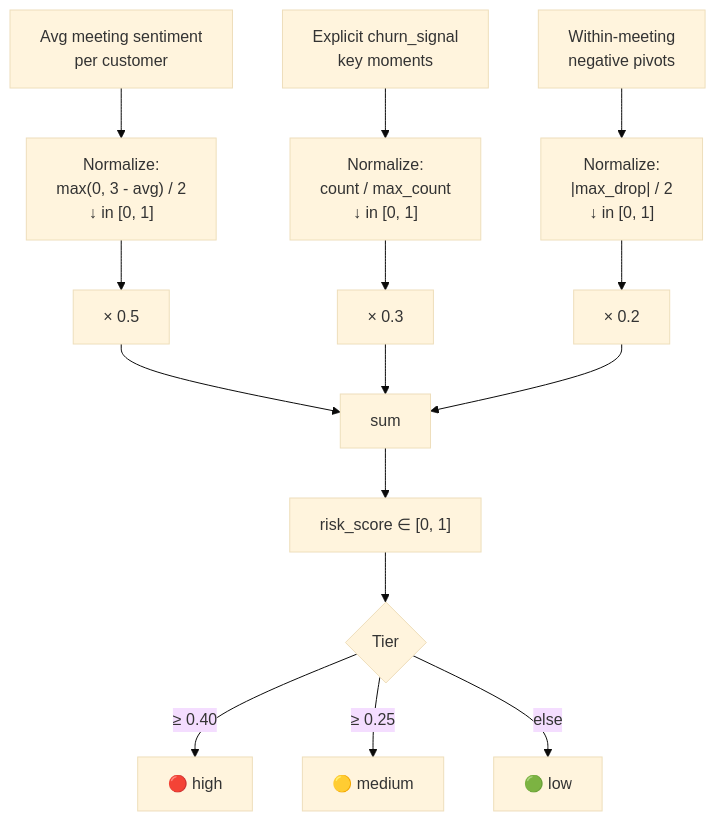
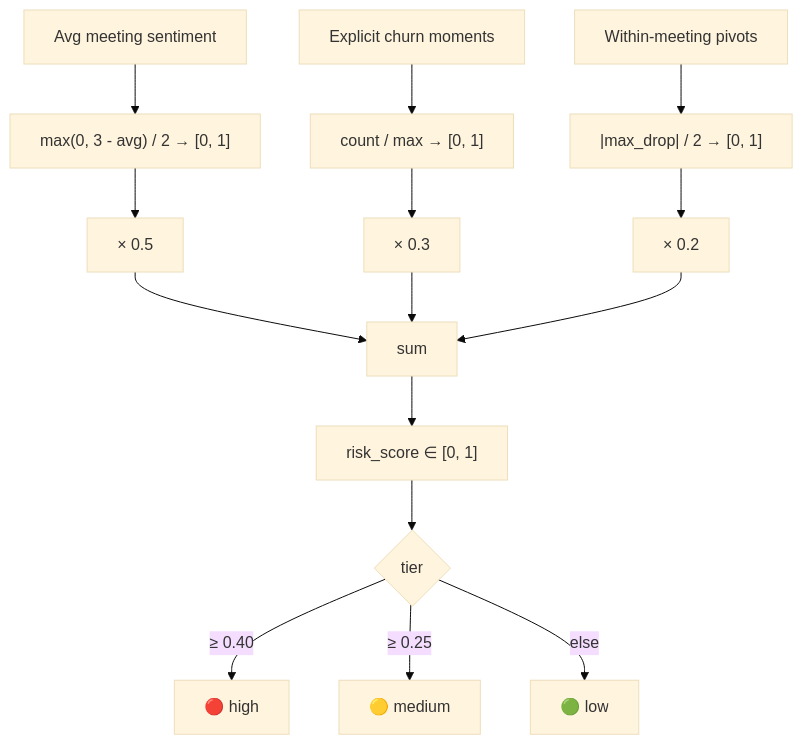
Before and after one commit to r2st/rubrik: the second of 2 diagrams in docs/APPROACH.md, drawn with Mermaid (base theme). The commit also changed other lines of this file and 6 other files, not shown here.

````diff
--- a/docs/APPROACH.md
+++ b/docs/APPROACH.md
@@ -321,19 +146,17 @@
 ```mermaid
 flowchart TD
-    A[Avg meeting sentiment<br/>per customer] --> N1["Normalize:<br/>max(0, 3 - avg) / 2<br/>↓ in [0, 1]"]
-    B[Explicit churn_signal<br/>key moments] --> N2["Normalize:<br/>count / max_count<br/>↓ in [0, 1]"]
-    C[Within-meeting<br/>negative pivots] --> N3["Normalize:<br/>|max_drop| / 2<br/>↓ in [0, 1]"]
-
+    A[Avg meeting sentiment] --> N1["max(0, 3 - avg) / 2 → [0, 1]"]
+    B[Explicit churn moments] --> N2["count / max → [0, 1]"]
+    C[Within-meeting pivots] --> N3["|max_drop| / 2 → [0, 1]"]
     N1 --> W1["× 0.5"]
     N2 --> W2["× 0.3"]
     N3 --> W3["× 0.2"]
-
     W1 --> Sum["sum"]
     W2 --> Sum
     W3 --> Sum
     Sum --> Score["risk_score ∈ [0, 1]"]
-    Score --> Tier{Tier}
+    Score --> Tier{tier}
     Tier -->|≥ 0.40| High[🔴 high]
     Tier -->|≥ 0.25| Med[🟡 medium]
     Tier -->|else| Low[🟢 low]
 ```
````
